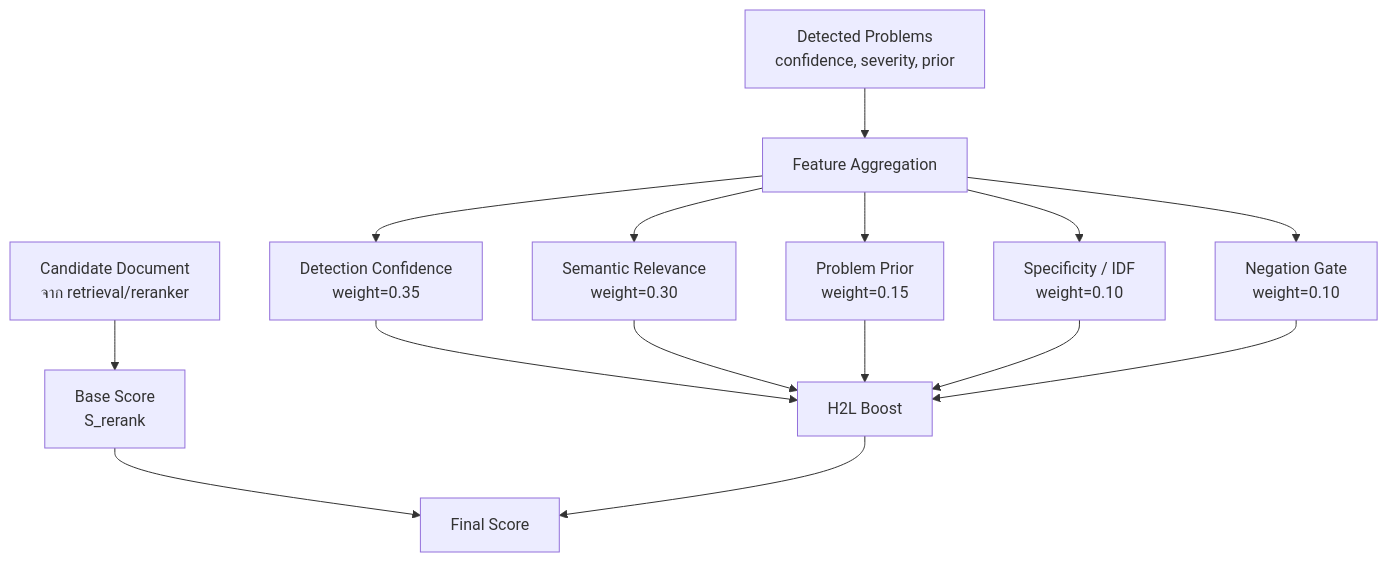
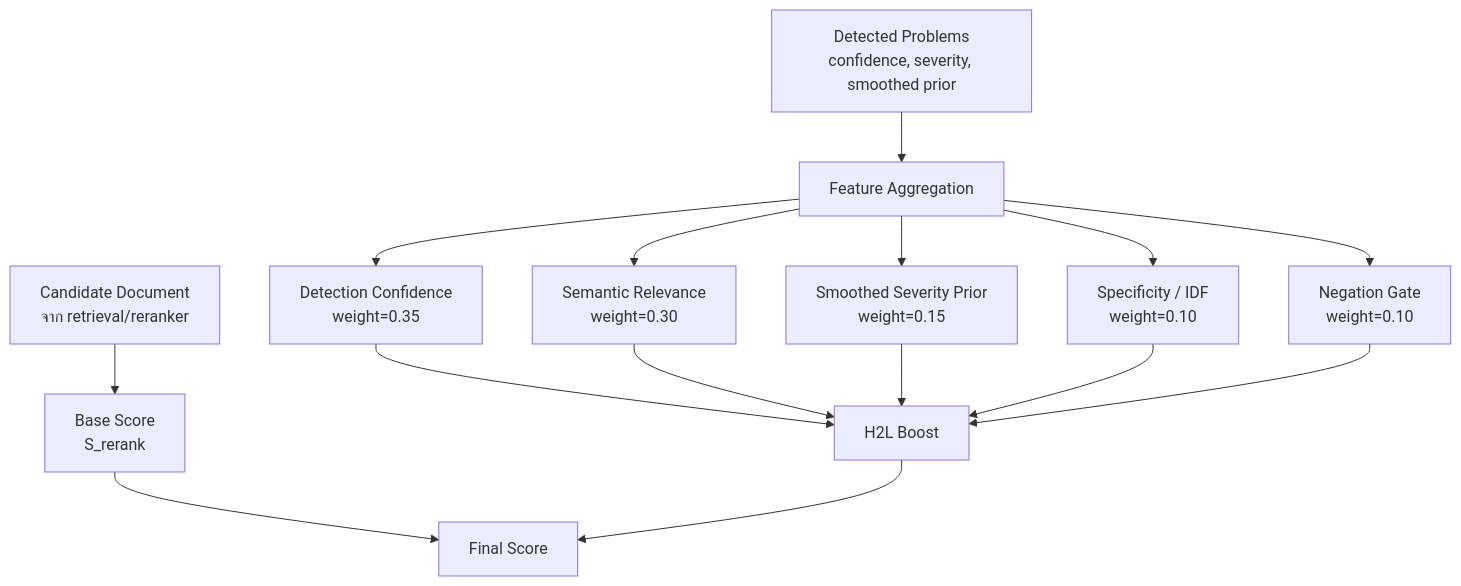
Before and after one commit to Mickeychay/thesis_one-: the eighth of 9 diagrams in md_report/thesis_full_ch3_methodology.md, drawn with Mermaid. The commit also changed other lines of this file and 55 other files, not shown here.

````diff
--- a/md_report/thesis_full_ch3_methodology.md
+++ b/md_report/thesis_full_ch3_methodology.md
@@ -609,17 +612,17 @@
 ```mermaid
 flowchart TD
     A["Candidate Document<br/>จาก retrieval/reranker"] --> B["Base Score<br/>S_rerank"]
-    C["Detected Problems<br/>confidence, severity, prior"] --> D["Feature Aggregation"]
+    C["Detected Problems<br/>confidence, severity, smoothed prior"] --> D["Feature Aggregation"]
     D --> E["Detection Confidence<br/>weight=0.35"]
     D --> F["Semantic Relevance<br/>weight=0.30"]
-    D --> G["Problem Prior<br/>weight=0.15"]
+    D --> G["Smoothed Severity Prior<br/>weight=0.15"]
     D --> H["Specificity / IDF<br/>weight=0.10"]
     D --> I["Negation Gate<br/>weight=0.10"]
     E --> J["H2L Boost"]
     F --> J
     G --> J
     H --> J
     I --> J
     B --> K["Final Score"]
     J --> K
 ```
````
